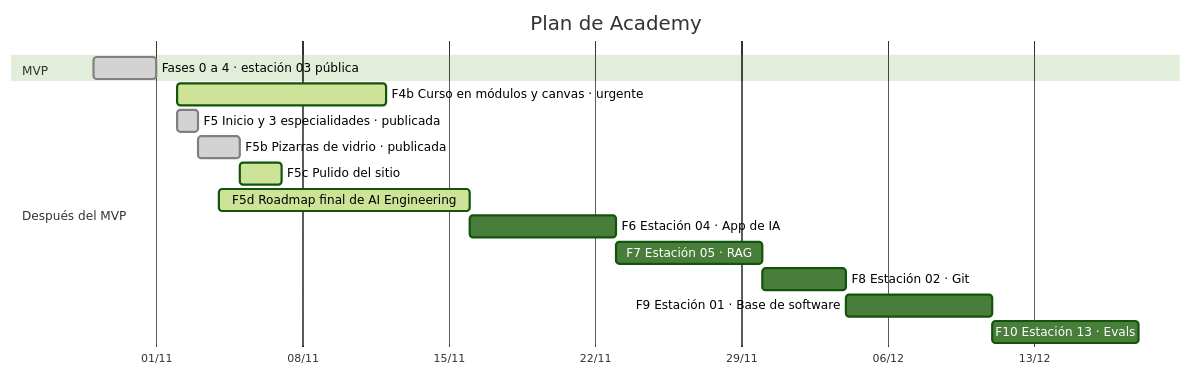
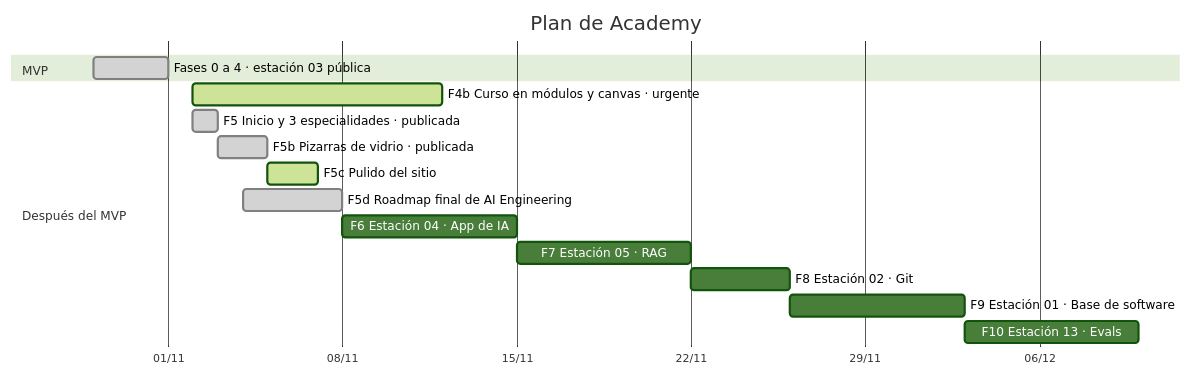
One commit to francoSW99/Academy changed the diagram in AVANCE.md. Above: the diagram before and after it, drawn with Mermaid (forest theme). The commit also changed other lines of this file and 3 other files, not shown here.

First line of the commit message:
Fase 5d terminada: propuesta v3 en docs/roadmap y tablero (pedidos 90 y 91)

````diff
--- a/AVANCE.md
+++ b/AVANCE.md
@@ -66,19 +66,19 @@
 ```mermaid
 gantt
     title Plan de Academy
     dateFormat YYYY-MM-DD
     axisFormat %d/%m
     section MVP
     Fases 0 a 4 · estación 03 pública :done, mvp, 2026-10-29, 2026-11-01
     section Después del MVP
     F4b Curso en módulos y canvas · urgente :active, f4b, 2026-11-02, 10d
     F5 Inicio y 3 especialidades · publicada :done, f5, 2026-11-02, 1d
     F5b Pizarras de vidrio · publicada :done, f5b, after f5, 2d
     F5c Pulido del sitio :active, f5c, after f5b, 2d
-    F5d Roadmap final de AI Engineering :active, f5d, 2026-11-04, 12d
+    F5d Roadmap final de AI Engineering :done, f5d, 2026-11-04, 4d
     F6 Estación 04 · App de IA :f6, after f5d, 7d
     F7 Estación 05 · RAG :f7, after f6, 7d
     F8 Estación 02 · Git :f8, after f7, 4d
     F9 Estación 01 · Base de software :f9, after f8, 7d
     F10 Estación 13 · Evals :f10, after f9, 7d
 ```
````
